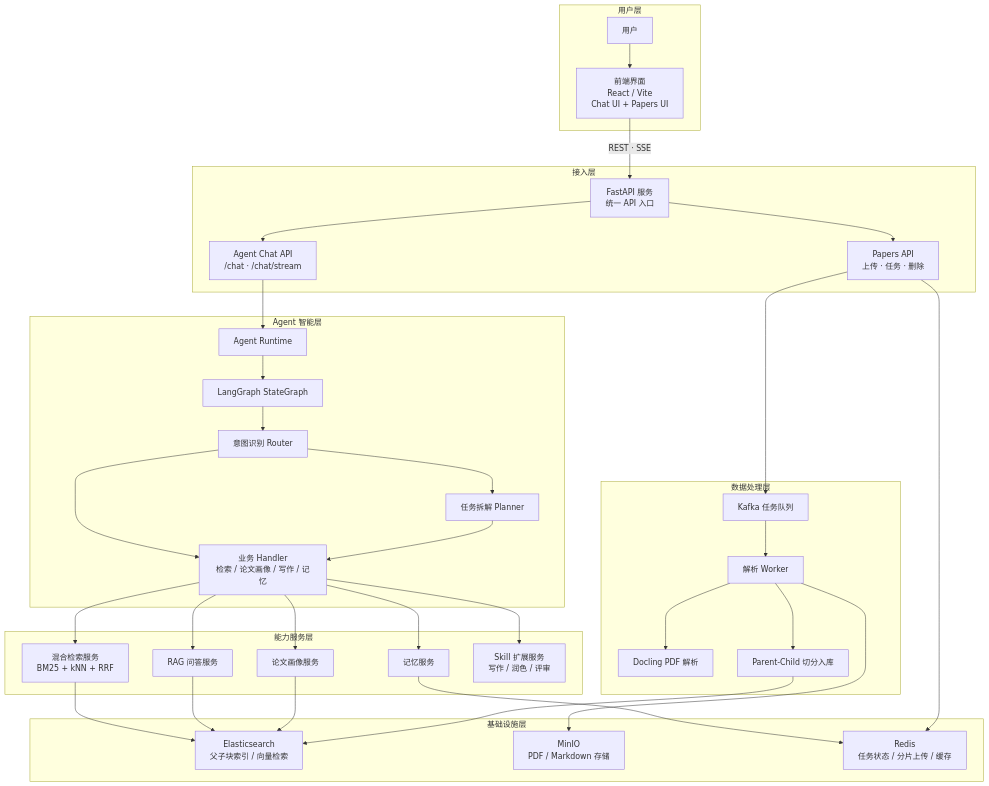
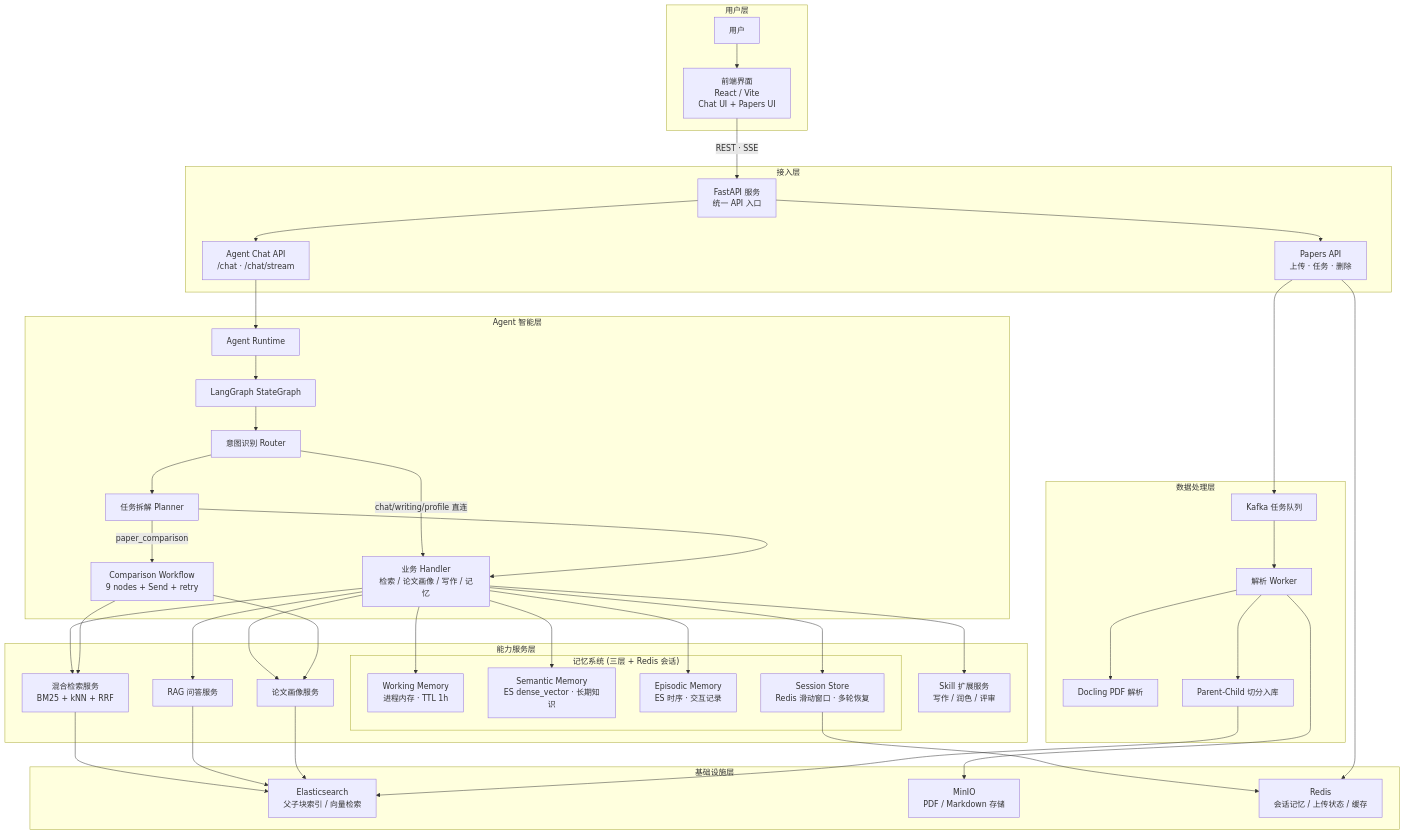
One commit to beforgeted/PaperMind changed the diagram in README.md. Above: the diagram before and after it, drawn with Mermaid. The commit also changed other lines of this file and 119 other files, not shown here.

Commit message:
Added memory function and optimized architecture.

```diff
--- a/README.md
+++ b/README.md
@@ -34,8 +34,9 @@
         Runtime --> Graph
         Graph --> Router
         Router --> Planner
-        Router --> Handlers
+        Router -->|"chat/writing/profile 直连"| Handlers
         Planner --> Handlers
+        Planner -->|"paper_comparison"| ComparisonWorkflow["Comparison Workflow<br/>9 nodes + Send + retry"]
     end
 
     %% ================= 能力服务层 =================
@@ -43,7 +44,12 @@
         Retrieval["混合检索服务<br/>BM25 + kNN + RRF"]
         QA["RAG 问答服务"]
         PaperProfile["论文画像服务"]
-        Memory["记忆服务"]
+        subgraph MemSystem["记忆系统 (三层 + Redis 会话)"]
+            WorkingMem["Working Memory<br/>进程内存 · TTL 1h"]
+            SemanticMem["Semantic Memory<br/>ES dense_vector · 长期知识"]
+            EpisodicMem["Episodic Memory<br/>ES 时序 · 交互记录"]
+            SessionMem["Session Store<br/>Redis 滑动窗口 · 多轮恢复"]
+        end
         Skill["Skill 扩展服务<br/>写作 / 润色 / 评审"]
     end
 
@@ -63,7 +69,7 @@
     subgraph L6["基础设施层"]
         ES["Elasticsearch<br/>父子块索引 / 向量检索"]
         MinIO["MinIO<br/>PDF / Markdown 存储"]
-        Redis["Redis<br/>任务状态 / 分片上传 / 缓存"]
+        Redis["Redis<br/>会话记忆 / 上传状态 / 缓存"]
     end
 
     %% ================= 主链路 =================
@@ -75,14 +81,19 @@
     Handlers --> Retrieval
     Handlers --> QA
     Handlers --> PaperProfile
-    Handlers --> Memory
+    Handlers --> WorkingMem
+    Handlers --> SemanticMem
+    Handlers --> EpisodicMem
+    Handlers --> SessionMem
     Handlers --> Skill
+    ComparisonWorkflow --> Retrieval
+    ComparisonWorkflow --> PaperProfile
 
     %% 跨层数据流（节点直连，兼容 GitHub Mermaid）
     Retrieval --> ES
     QA --> ES
     PaperProfile --> ES
-    Memory --> Redis
+    SessionMem --> Redis
     Chunker --> ES
     Worker --> MinIO
     PaperAPI --> Redis
```
